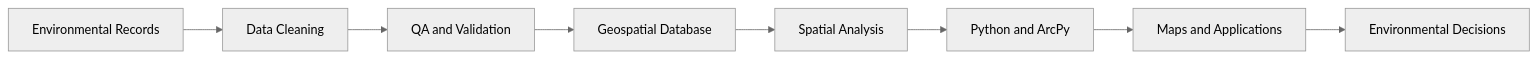
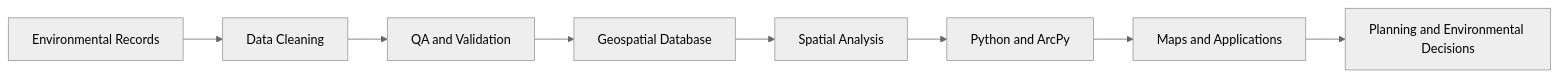
Before and after one commit to oliverfaase/github-portfolio: the diagram in README.md, drawn with Mermaid (neutral theme). The commit also changed other lines of this file, not shown here.

````diff
--- a/README.md
+++ b/README.md
@@ -526,10 +499,10 @@
 ```mermaid
 flowchart LR
     A[Environmental Records] --> B[Data Cleaning]
     B --> C[QA and Validation]
     C --> D[Geospatial Database]
     D --> E[Spatial Analysis]
     E --> F[Python and ArcPy]
     F --> G[Maps and Applications]
-    G --> H[Environmental Decisions]
+    G --> H[Planning and Environmental Decisions]
 ```
````
